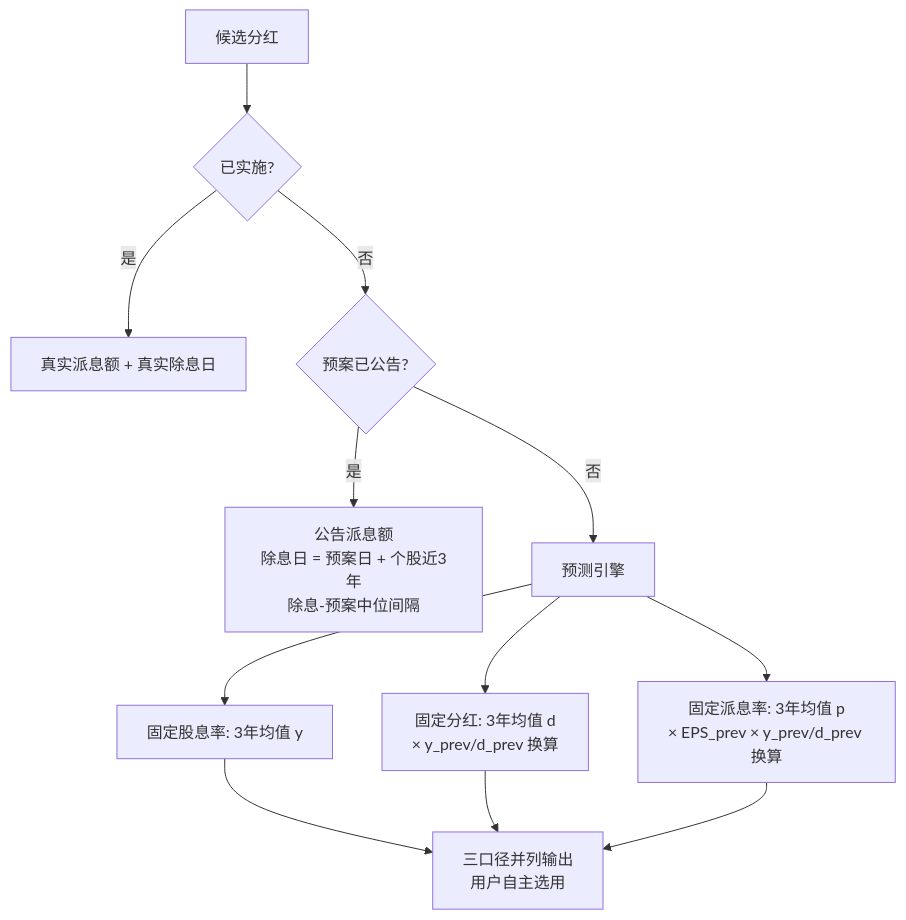
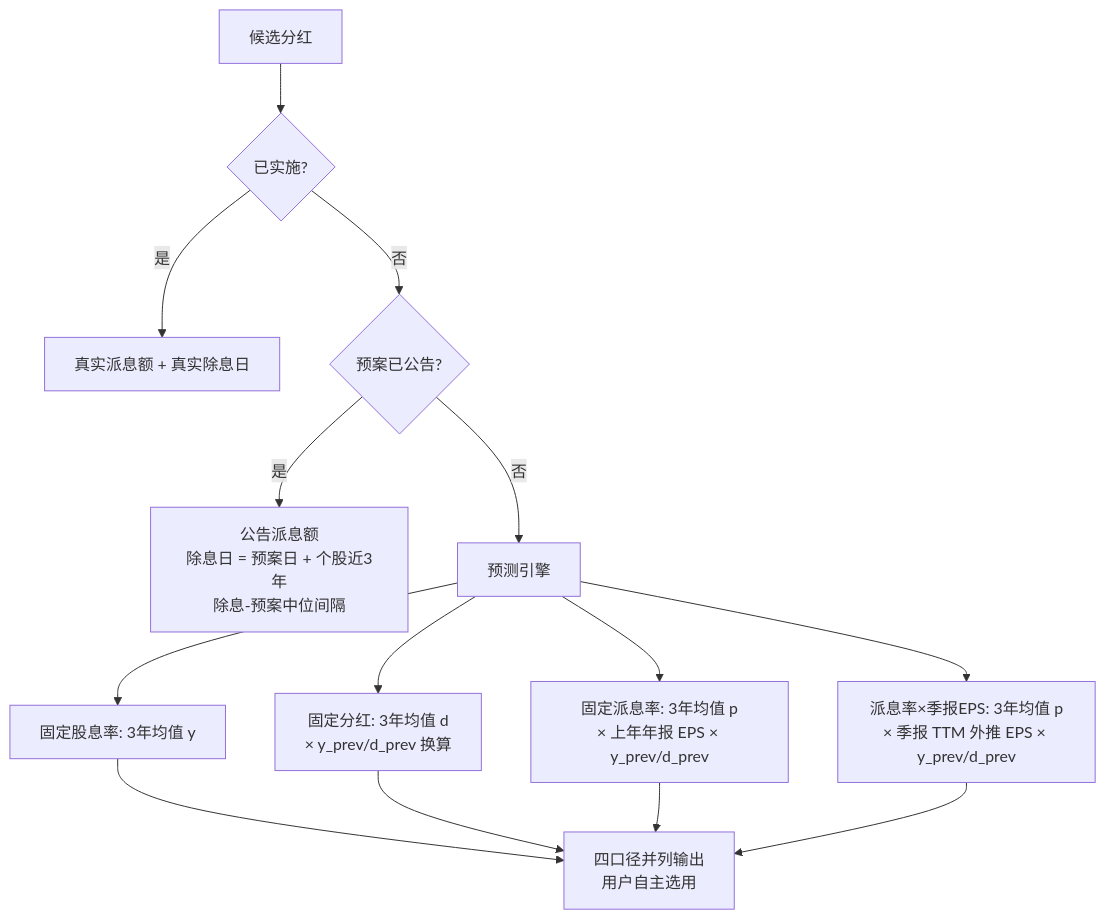
One commit to iniestao/index-futures-basis changed the second of 2 diagrams in docs/METHODOLOGY.md. Above: the diagram before and after it, drawn with Mermaid. The commit also changed other lines of this file and 20 other files, not shown here.

First line of the commit message:
feat: 4th calibre pq (payout ratio x quarterly TTM EPS) + data quality guard

````diff
--- a/docs/METHODOLOGY.md
+++ b/docs/METHODOLOGY.md
@@ -47,12 +49,13 @@
 ```mermaid
 flowchart TD
     S[候选分红] --> Q1{已实施?}
     Q1 -- 是 --> T1[真实派息额 + 真实除息日]
     Q1 -- 否 --> Q2{预案已公告?}
     Q2 -- 是 --> T2[公告派息额<br>除息日 = 预案日 + 个股近3年<br>除息-预案中位间隔]
     Q2 -- 否 --> P[预测引擎]
     P --> C1[固定股息率: 3年均值 y]
     P --> C2[固定分红: 3年均值 d<br>× y_prev/d_prev 换算]
-    P --> C3[固定派息率: 3年均值 p<br>× EPS_prev × y_prev/d_prev 换算]
-    C1 & C2 & C3 --> OUT[三口径并列输出<br>用户自主选用]
+    P --> C3[固定派息率: 3年均值 p<br>× 上年年报 EPS × y_prev/d_prev]
+    P --> C4[派息率×季报EPS: 3年均值 p<br>× 季报 TTM 外推 EPS × y_prev/d_prev]
+    C1 & C2 & C3 & C4 --> OUT[四口径并列输出<br>用户自主选用]
 ```
````
